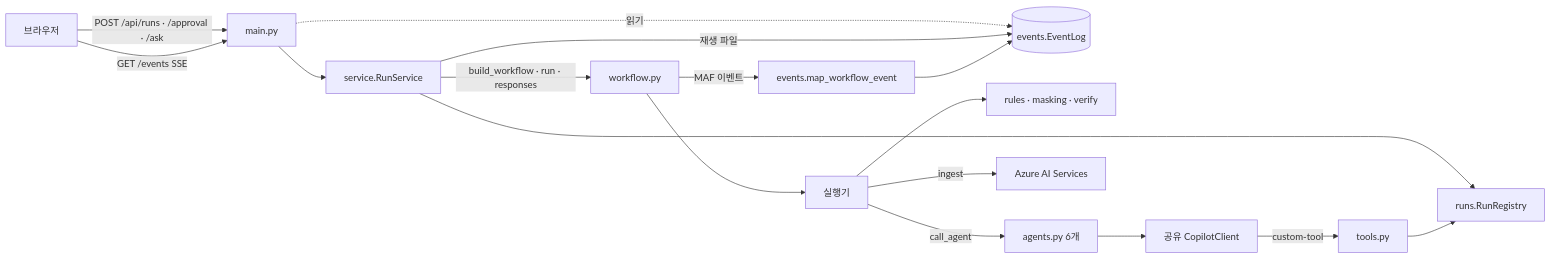
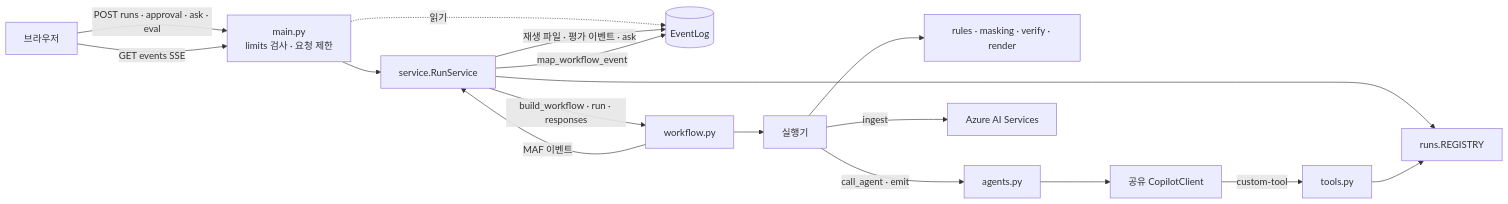
Before and after one commit to yoobinkim541/hackathon-cheongdo: the second of 5 diagrams in _bmad-output/planning-artifacts/architecture/architecture-동행노트-2026-11-05/ARCHITECTURE-SPINE.md, drawn with Mermaid. The commit also changed other lines of this file and 4 other files, not shown here.

First line of the commit message:
Finalize backend architecture spine with reviewer fixes

````diff
--- a/_bmad-output/planning-artifacts/architecture/architecture-동행노트-2026-11-05/ARCHITECTURE-SPINE.md
+++ b/_bmad-output/planning-artifacts/architecture/architecture-동행노트-2026-11-05/ARCHITECTURE-SPINE.md
@@ -192,15 +373,16 @@
 ```mermaid
 flowchart LR
-  UI[브라우저] -- POST /api/runs · /approval · /ask --> MAIN[main.py]
-  UI -- GET /events SSE --> MAIN
+  UI[브라우저] -- POST runs · approval · ask · eval --> MAIN[main.py<br/>limits 검사 · 요청 제한]
+  UI -- GET events SSE --> MAIN
   MAIN --> SVC[service.RunService]
-  MAIN -. 읽기 .-> LOG[(events.EventLog)]
-  SVC --> REG[runs.RunRegistry]
+  MAIN -. 읽기 .-> LOG[(EventLog)]
+  SVC --> REG[runs.REGISTRY]
   SVC -- build_workflow · run · responses --> WF[workflow.py]
-  SVC -- 재생 파일 --> LOG
-  WF -- MAF 이벤트 --> MAP[events.map_workflow_event] --> LOG
-  WF --> EX[실행기] --> CORE[rules · masking · verify]
-  EX -- call_agent --> AG[agents.py 6개] --> CC[공유 CopilotClient]
+  SVC -- 재생 파일 · 평가 이벤트 · ask --> LOG
+  WF -- MAF 이벤트 --> SVC
+  SVC -- map_workflow_event --> LOG
+  WF --> EX[실행기] --> CORE[rules · masking · verify · render]
+  EX -- call_agent · emit --> AG[agents.py] --> CC[공유 CopilotClient]
   CC -- custom-tool --> TL[tools.py] --> REG
   EX -- ingest --> AIS[Azure AI Services]
 ```
````
